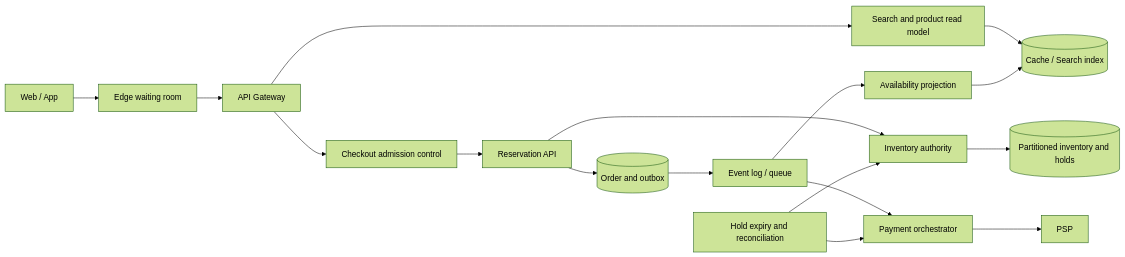
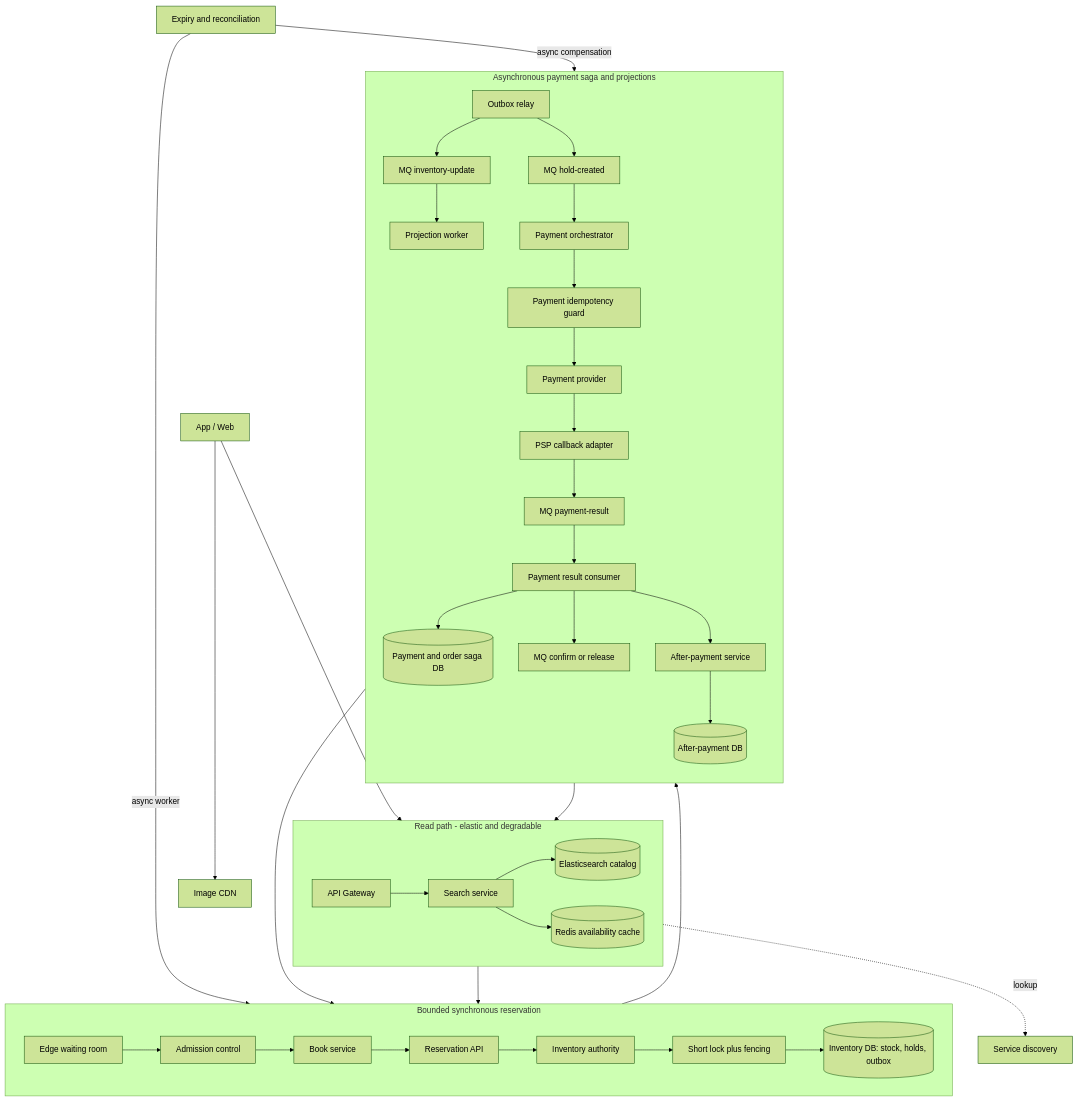
The diagram in docs/flash-sale-booking-inventory.md (gazll/gazll.github.io), drawn with Mermaid (forest theme) before and after one commit. The commit also changed other lines of this file and 4 other files, not shown here.

````diff
--- a/docs/flash-sale-booking-inventory.md
+++ b/docs/flash-sale-booking-inventory.md
@@ -163,23 +163,47 @@
 ```mermaid
-flowchart LR
-  C[Web / App] --> W[Edge waiting room]
-  W --> G[API Gateway]
+flowchart TB
+  C[App / Web] --> CDN[Image CDN]
+  C --> G[API Gateway]
+  G -. lookup .-> SD[Service discovery]
 
-  G --> S[Search and product read model]
-  S --> CA[(Cache / Search index)]
+  subgraph READ[Read path - elastic and degradable]
+    direction LR
+    G --> SS[Search service]
+    SS --> ES[(Elasticsearch catalog)]
+    SS --> RC[(Redis availability cache)]
+  end
 
-  G --> A[Checkout admission control]
-  A --> R[Reservation API]
-  R --> IA[Inventory authority]
-  IA --> DB[(Partitioned inventory and holds)]
-  R --> O[(Order and outbox)]
+  subgraph CHECKOUT[Bounded synchronous reservation]
+    direction LR
+    G --> W[Edge waiting room]
+    W --> A[Admission control]
+    A --> BS[Book service]
+    BS --> R[Reservation API]
+    R --> IA[Inventory authority]
+    IA --> LK[Short lock plus fencing]
+    LK --> IDB[(Inventory DB: stock, holds, outbox)]
+  end
 
-  O --> Q[Event log / queue]
-  Q --> P[Payment orchestrator]
-  P --> X[PSP]
-  Q --> E[Availability projection]
-  E --> CA
+  subgraph SAGA[Asynchronous payment saga and projections]
+    direction TB
+    IDB --> OR[Outbox relay]
+    OR --> IU[MQ inventory-update]
+    IU --> IP[Projection worker]
+    IP --> RC
+    OR --> HC[MQ hold-created]
+    HC --> PO[Payment orchestrator]
+    PO --> PG[Payment idempotency guard]
+    PG --> PSP[Payment provider]
+    PSP --> CB[PSP callback adapter]
+    CB --> PR[MQ payment-result]
+    PR --> PC[Payment result consumer]
+    PC --> PDB[(Payment and order saga DB)]
+    PC --> CR[MQ confirm or release]
+    CR --> IA
+    PC --> AF[After-payment service]
+    AF --> APDB[(After-payment DB)]
+  end
 
-  H[Hold expiry and reconciliation] --> IA
-  H --> P
+  EX[Expiry and reconciliation] -->|async worker| IA
+  EX -->|async compensation| PO
 ```
````
